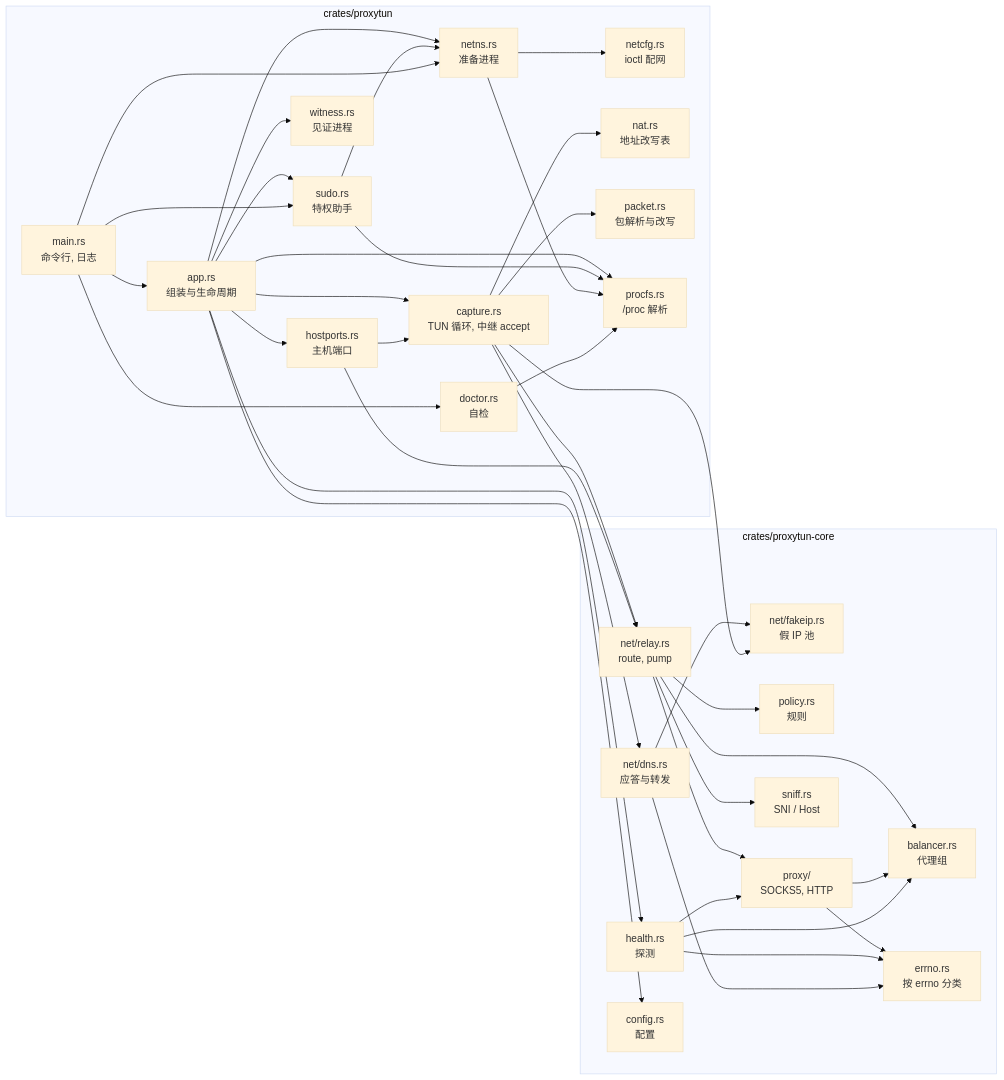
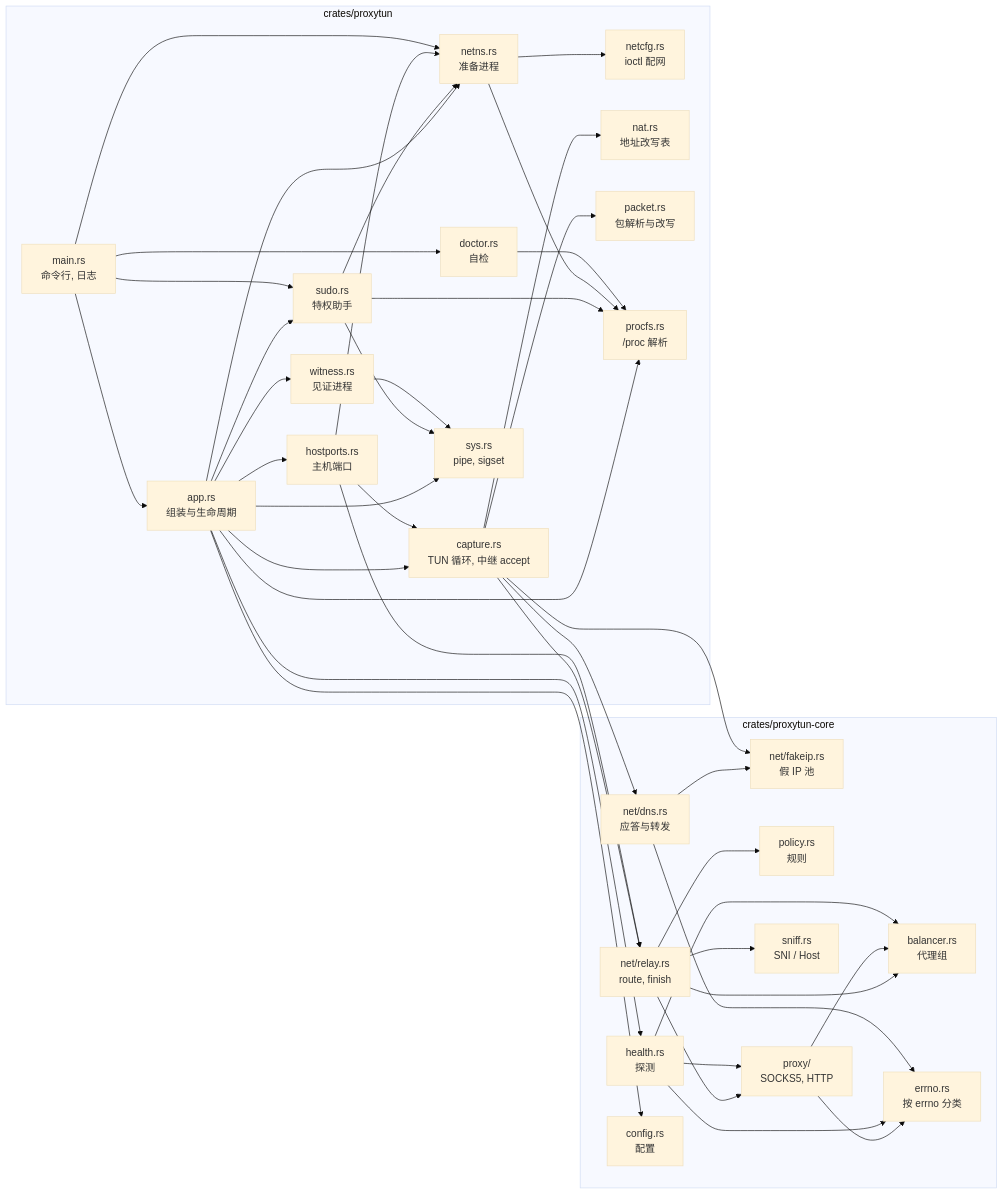
One commit to moonshawdo/proxytun changed the diagram in docs/architecture/modules.md. Above: the diagram before and after it, drawn with Mermaid (base theme). The commit also changed other lines of this file and 14 other files, not shown here.

````diff
--- a/docs/architecture/modules.md
+++ b/docs/architecture/modules.md
@@ -14,52 +14,56 @@
 ```mermaid
 flowchart LR
     subgraph BIN["crates/proxytun"]
         MAIN["main.rs<br/>命令行, 日志"] --> APP["app.rs<br/>组装与生命周期"]
         APP --> NETNS["netns.rs<br/>准备进程"]
         APP --> SUDO["sudo.rs<br/>特权助手"]
         APP --> CAP["capture.rs<br/>TUN 循环, 中继 accept"]
         APP --> HP["hostports.rs<br/>主机端口"]
         APP --> WIT["witness.rs<br/>见证进程"]
         MAIN --> DOC["doctor.rs<br/>自检"]
         NETNS --> NETCFG["netcfg.rs<br/>ioctl 配网"]
         SUDO --> NETNS
         CAP --> NAT["nat.rs<br/>地址改写表"]
         CAP --> PKT["packet.rs<br/>包解析与改写"]
         APP --> PFS["procfs.rs<br/>/proc 解析"]
         SUDO --> PFS
         NETNS --> PFS
         DOC --> PFS
+        APP --> SYS["sys.rs<br/>pipe, sigset"]
+        SUDO --> SYS
+        WIT --> SYS
+        HP --> NETNS
     end
     subgraph CORE["crates/proxytun-core"]
-        RELAY["net/relay.rs<br/>route, pump"]
+        RELAY["net/relay.rs<br/>route, finish"]
         DNS["net/dns.rs<br/>应答与转发"]
         FAKE["net/fakeip.rs<br/>假 IP 池"]
         POL["policy.rs<br/>规则"]
         BAL["balancer.rs<br/>代理组"]
         PRX["proxy/<br/>SOCKS5, HTTP"]
         HEA["health.rs<br/>探测"]
         SNF["sniff.rs<br/>SNI / Host"]
         CFG["config.rs<br/>配置"]
         ERR["errno.rs<br/>按 errno 分类"]
     end
     CAP --> RELAY
     CAP --> DNS
     HP --> RELAY
     DNS --> FAKE
     RELAY --> POL
     RELAY --> BAL
     RELAY --> PRX
     RELAY --> SNF
     PRX --> BAL
     HEA --> BAL
     HEA --> PRX
     PRX --> ERR
     HEA --> ERR
     DNS --> ERR
     CAP --> FAKE
     HP --> CAP
     MAIN --> NETNS
     MAIN --> SUDO
     APP --> CFG
     APP --> HEA
 ```
````
